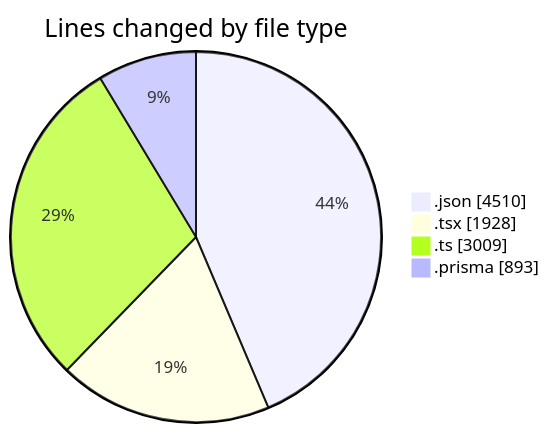
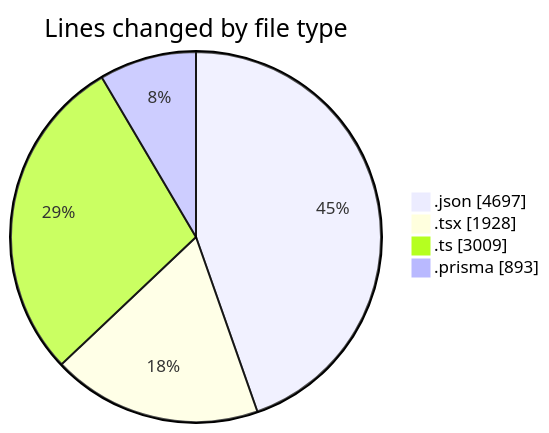
The first of 2 diagrams in 2025-05-05/ecodeli/README.md (CELIANVF/code-tracking), drawn with Mermaid before and after one commit. The commit also changed other lines of this file and 1 other file, not shown here.

````diff
--- a/2025-05-05/ecodeli/README.md
+++ b/2025-05-05/ecodeli/README.md
@@ -39,8 +40,8 @@
 ```mermaid
 pie showData
 title Lines changed by file type
-".json" : 4510
+".json" : 4697
 ".tsx" : 1928
 ".ts" : 3009
 ".prisma" : 893
 ```
````
